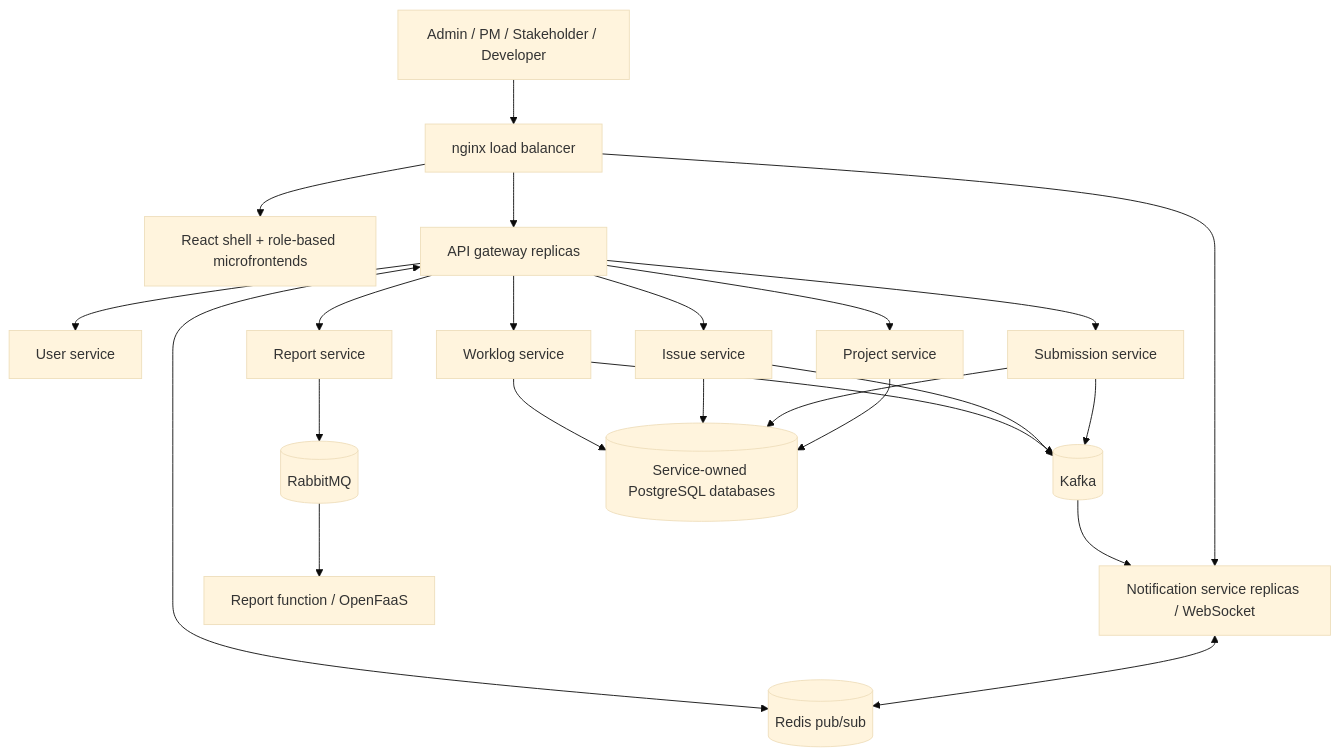
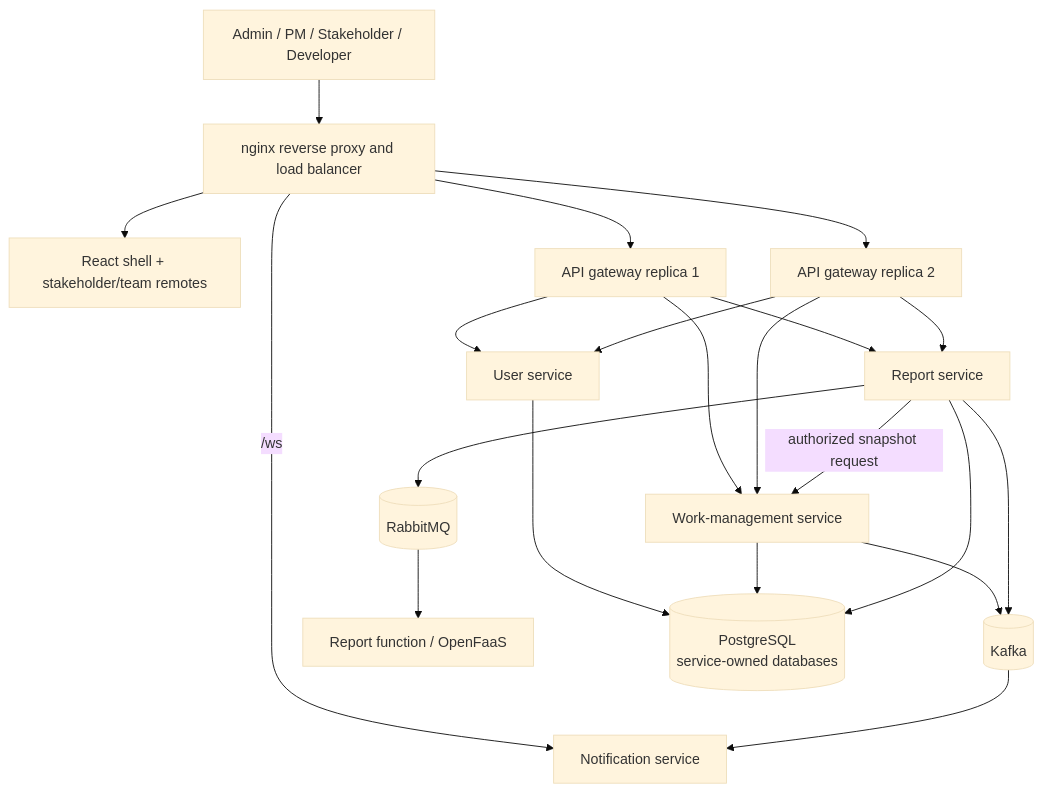
Before and after one commit to MARKUCI14/teamFlow: the second of 3 diagrams in docs/architecture/c4-model.md, drawn with Mermaid (base theme). The commit also changed other lines of this file and 36 other files, not shown here.

````diff
--- a/docs/architecture/c4-model.md
+++ b/docs/architecture/c4-model.md
@@ -20,25 +19,23 @@
 ```mermaid
 flowchart TB
-  U[Admin / PM / Stakeholder / Developer] --> N[nginx load balancer]
-  N --> W[React shell + role-based microfrontends]
-  N --> G[API gateway replicas]
-  N --> WS[Notification service replicas / WebSocket]
-  G --> US[User service]
-  G --> PS[Project service]
-  G --> SS[Submission service]
-  G --> IS[Issue service]
-  G --> LS[Worklog service]
-  G --> RS[Report service]
-  SS --> K[(Kafka)]
-  IS --> K
-  LS --> K
-  K --> WS
+  U[Admin / PM / Stakeholder / Developer] --> N[nginx reverse proxy and load balancer]
+  N --> W[React shell + stakeholder/team remotes]
+  N --> G1[API gateway replica 1]
+  N --> G2[API gateway replica 2]
+  N -->|/ws| NS[Notification service]
+  G1 --> US[User service]
+  G1 --> WM[Work-management service]
+  G1 --> RS[Report service]
+  G2 --> US
+  G2 --> WM
+  G2 --> RS
+  RS -->|authorized snapshot request| WM
+  WM --> K[(Kafka)]
+  RS --> K
+  K --> NS
   RS --> MQ[(RabbitMQ)]
   MQ --> F[Report function / OpenFaaS]
-  WS <--> R[(Redis pub/sub)]
-  G <--> R
-  PS --> DB[(Service-owned PostgreSQL databases)]
-  SS --> DB
-  IS --> DB
-  LS --> DB
+  US --> DB[(PostgreSQL<br/>service-owned databases)]
+  WM --> DB
+  RS --> DB
 ```
````
